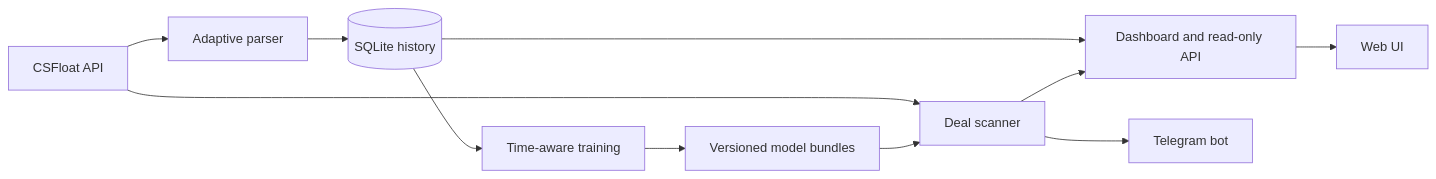
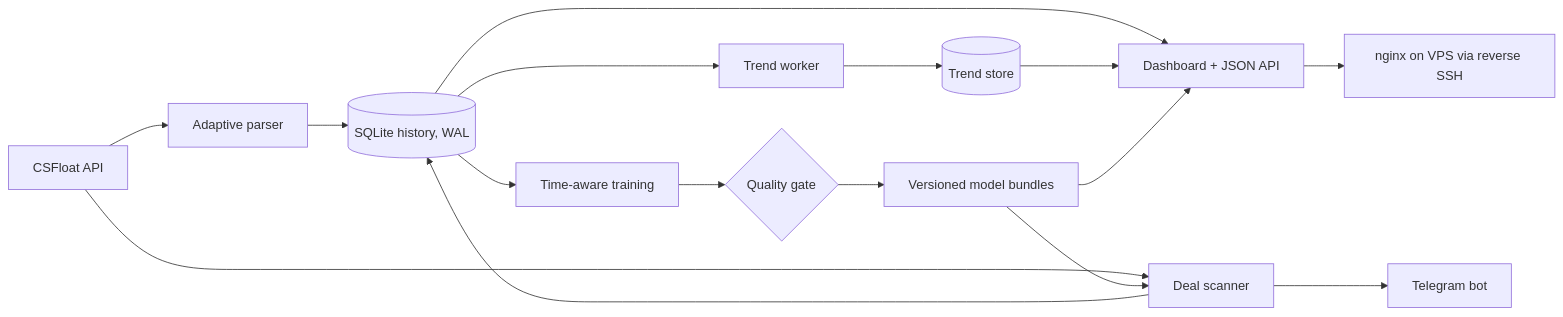
One commit to AlmazAlmaz/cs2-market-analytics changed the diagram in README.md. Above: the diagram before and after it, drawn with Mermaid. The commit also changed other lines of this file and 114 other files, not shown here.

First line of the commit message:
Unified UI, faster dashboard, Windows support and Vega advisory model

````diff
--- a/README.md
+++ b/README.md
@@ -29,13 +60,18 @@
 ```mermaid
 flowchart LR
     API[CSFloat API] --> Parser[Adaptive parser]
-    Parser --> DB[(SQLite history)]
+    Parser --> DB[(SQLite history, WAL)]
+    DB --> Trend[Trend worker]
+    Trend --> TDB[(Trend store)]
     DB --> Training[Time-aware training]
-    Training --> Models[Versioned model bundles]
+    Training --> Gate{Quality gate}
+    Gate --> Models[Versioned model bundles]
     API --> Scanner[Deal scanner]
     Models --> Scanner
-    DB --> Dashboard[Dashboard and read-only API]
-    Scanner --> Dashboard
-    Dashboard --> Web[Web UI]
+    Scanner --> DB
+    DB --> Dashboard[Dashboard + JSON API]
+    TDB --> Dashboard
+    Models --> Dashboard
+    Dashboard --> Nginx[nginx on VPS via reverse SSH]
     Scanner --> Telegram[Telegram bot]
 ```
````
